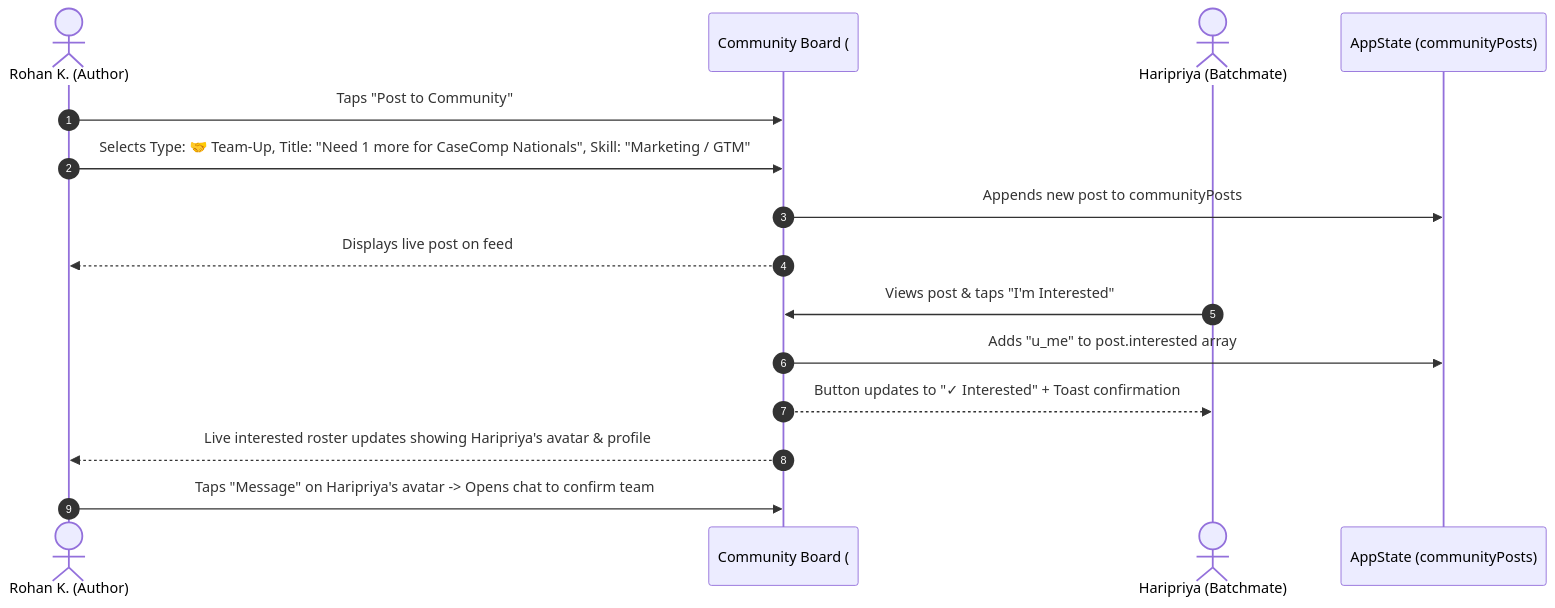
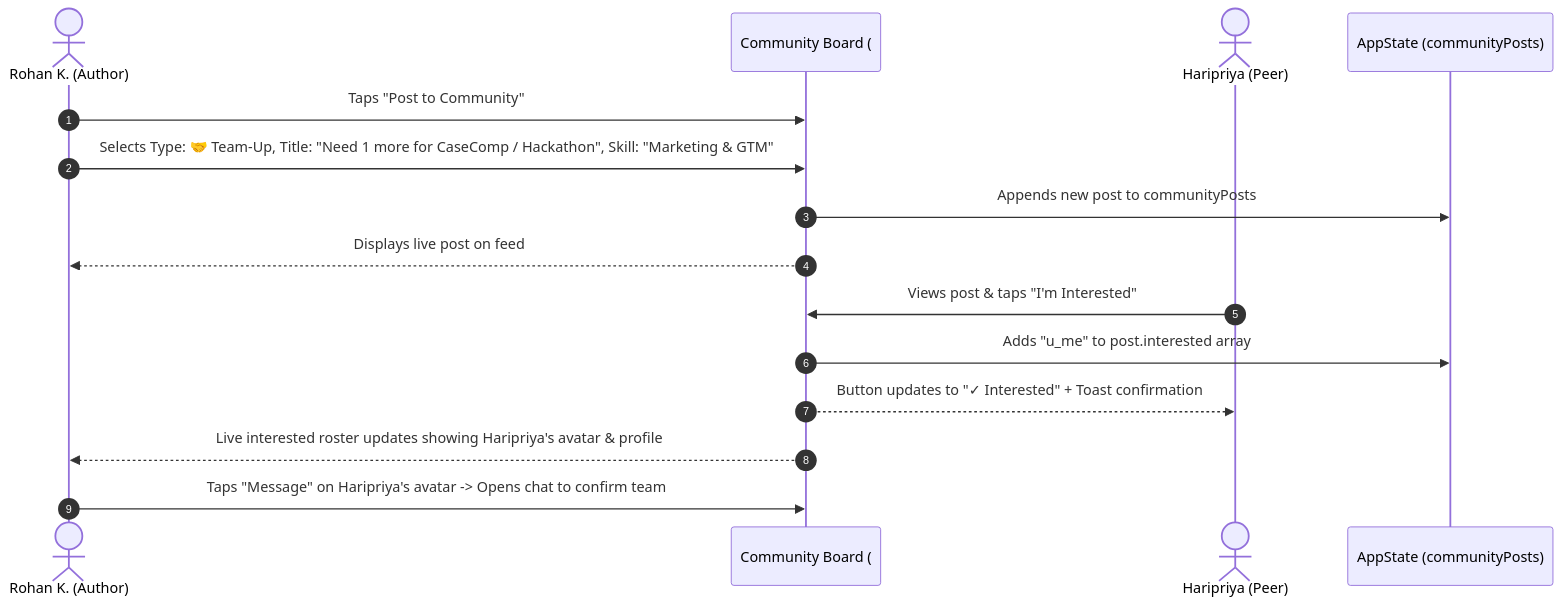
The seventh of 7 diagrams in README.md (pavitrapoojary/peerly), drawn with Mermaid before and after one commit. The commit also changed other lines of this file and 6 other files, not shown here.

````diff
--- a/README.md
+++ b/README.md
@@ -338,19 +340,19 @@
 ```mermaid
 sequenceDiagram
     autonumber
     actor Rohan as Rohan K. (Author)
     participant Board as Community Board (#/community)
-    actor Haripriya as Haripriya (Batchmate)
+    actor Haripriya as Haripriya (Peer)
     participant State as AppState (communityPosts)
 
     Rohan->>Board: Taps "Post to Community"
-    Rohan->>Board: Selects Type: 🤝 Team-Up, Title: "Need 1 more for CaseComp Nationals", Skill: "Marketing / GTM"
+    Rohan->>Board: Selects Type: 🤝 Team-Up, Title: "Need 1 more for CaseComp / Hackathon", Skill: "Marketing & GTM"
     Board->>State: Appends new post to communityPosts
     Board-->>Rohan: Displays live post on feed
 
     Haripriya->>Board: Views post & taps "I'm Interested"
     Board->>State: Adds "u_me" to post.interested array
     Board-->>Haripriya: Button updates to "✓ Interested" + Toast confirmation
     Board-->>Rohan: Live interested roster updates showing Haripriya's avatar & profile
     Rohan->>Board: Taps "Message" on Haripriya's avatar -> Opens chat to confirm team
 ```
````
